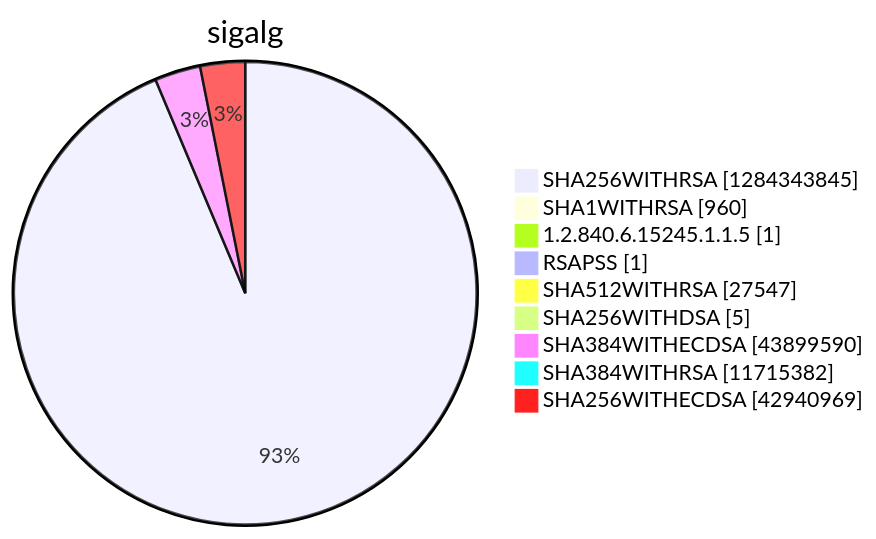
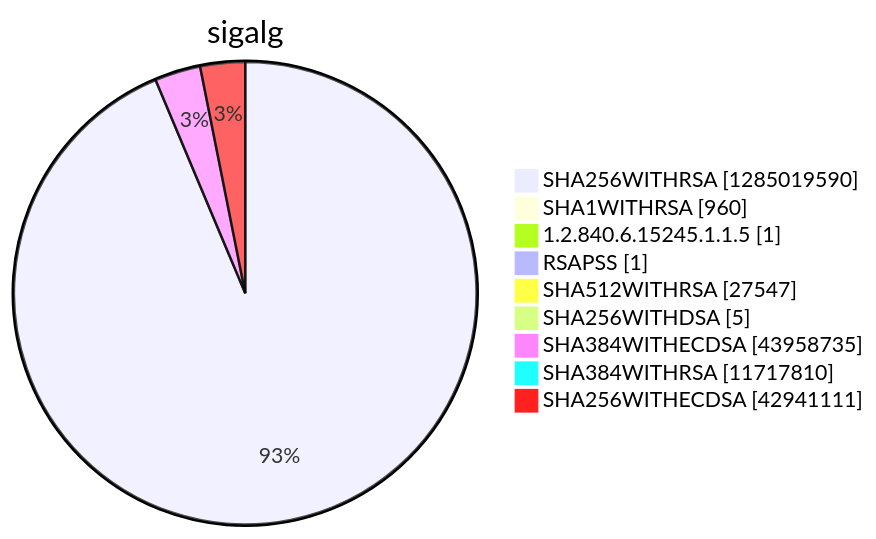
Before and after one commit to christiankrug/ctmonitor_visualization: diagram 15 of 15 in argon2022/README.md, drawn with Mermaid. The commit also changed other lines of this file, not shown here.

````diff
--- a/argon2022/README.md
+++ b/argon2022/README.md
@@ -5523,13 +5523,13 @@
 ```mermaid
 pie showData
 title sigalg
-"SHA256WITHRSA" :1284343845
+"SHA256WITHRSA" :1285019590
 "SHA1WITHRSA" :960
 "1.2.840.6.15245.1.1.5" :1
 "RSAPSS" :1
 "SHA512WITHRSA" :27547
 "SHA256WITHDSA" :5
-"SHA384WITHECDSA" :43899590
-"SHA384WITHRSA" :11715382
-"SHA256WITHECDSA" :42940969
+"SHA384WITHECDSA" :43958735
+"SHA384WITHRSA" :11717810
+"SHA256WITHECDSA" :42941111
 ```
````
